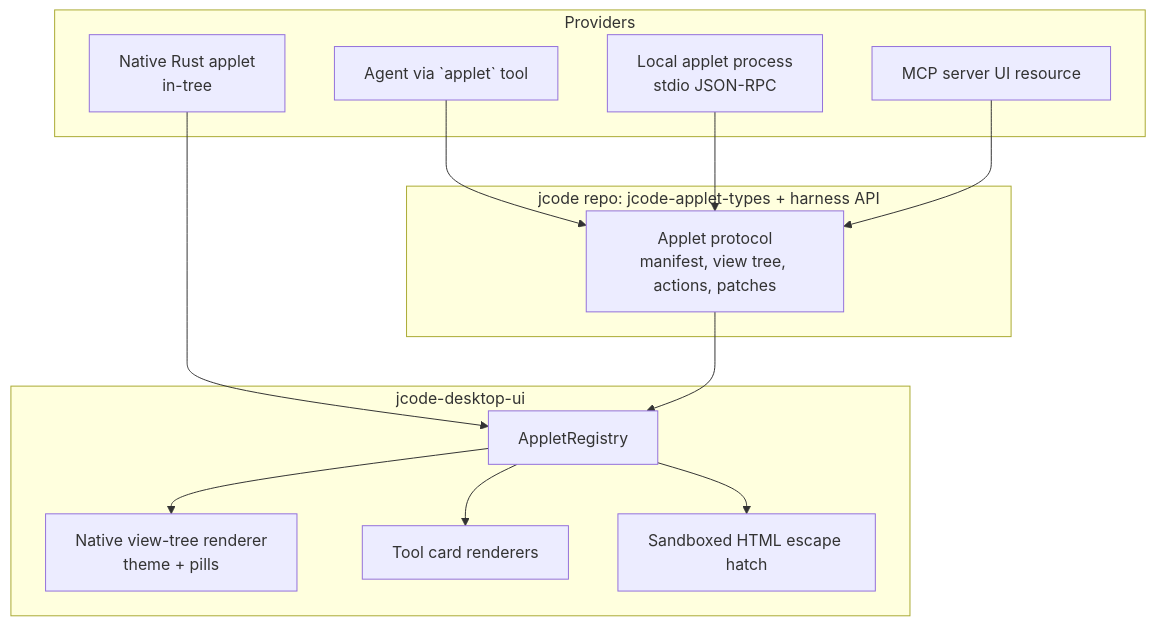
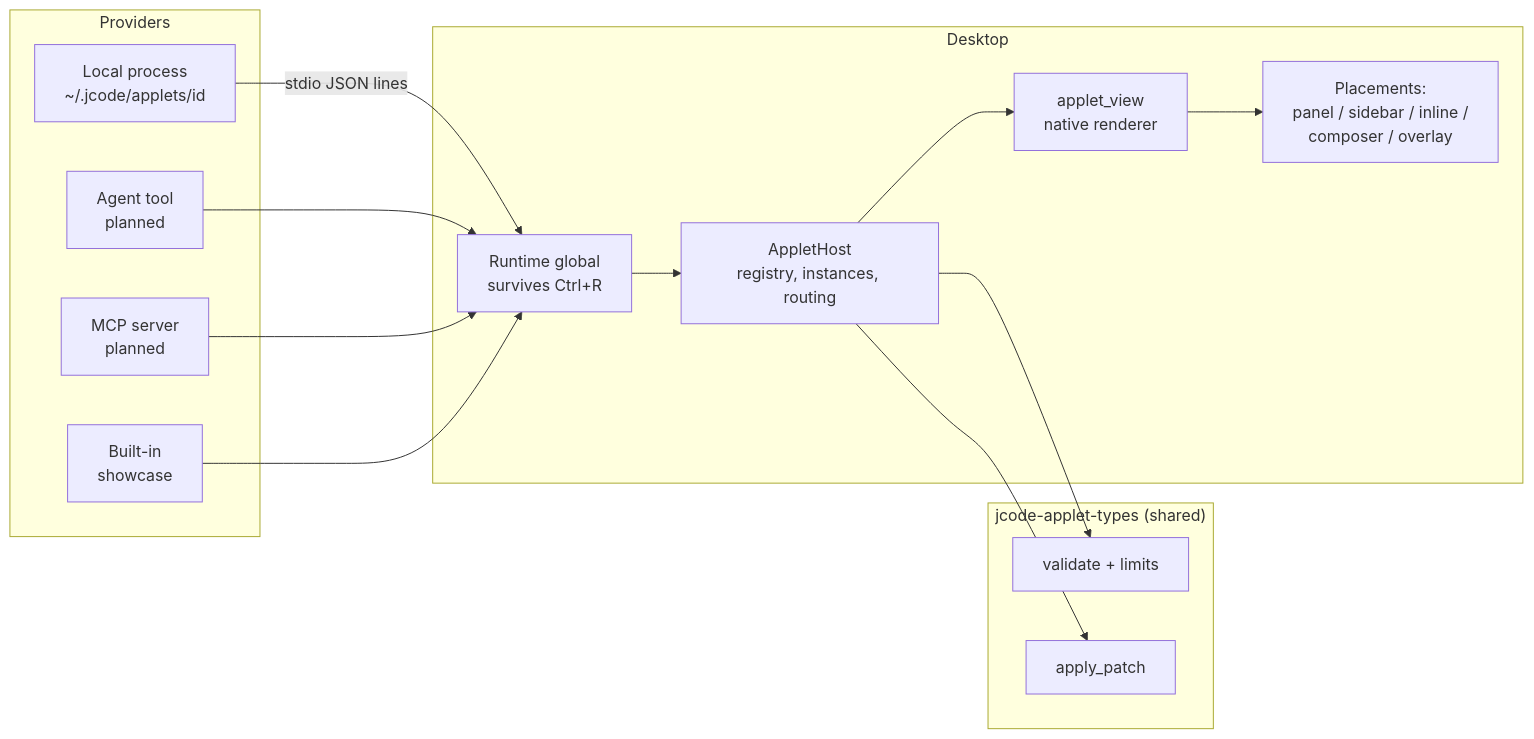
The diagram in docs/applet-api.md (1jehuang/jcode-desktop), drawn with Mermaid before and after one commit. The commit also changed other lines of this file and 14 other files, not shown here.

First line of the commit message:
Applets: native, sandboxed custom UI host for Desktop

````diff
--- a/docs/applet-api.md
+++ b/docs/applet-api.md
@@ -33,26 +28,27 @@
 ```mermaid
-flowchart TB
+flowchart LR
   subgraph Providers
-    A[Native Rust applet<br/>in-tree]
-    B[Agent via `applet` tool]
-    C[Local applet process<br/>stdio JSON-RPC]
-    D[MCP server UI resource]
+    L[Local process<br/>~/.jcode/applets/id]
+    A[Agent tool<br/>planned]
+    M[MCP server<br/>planned]
+    N[Built-in<br/>showcase]
   end
-  subgraph SDK["jcode repo: jcode-applet-types + harness API"]
-    P[Applet protocol<br/>manifest, view tree, actions, patches]
+  subgraph Types["jcode-applet-types (shared)"]
+    V[validate + limits]
+    P[apply_patch]
   end
-  subgraph Desktop["jcode-desktop-ui"]
-    R[AppletRegistry]
-    V[Native view-tree renderer<br/>theme + pills]
-    T[Tool card renderers]
-    H[Sandboxed HTML escape hatch]
+  subgraph Desktop
+    R[Runtime global<br/>survives Ctrl+R]
+    H[AppletHost<br/>registry, instances, routing]
+    W[applet_view<br/>native renderer]
+    S[Placements:<br/>panel / sidebar / inline /<br/>composer / overlay]
   end
+  L -- stdio JSON lines --> R
   A --> R
-  B --> P
-  C --> P
-  D --> P
-  P --> R
-  R --> V
-  R --> T
+  M --> R
+  N --> R
   R --> H
+  H --> V
+  H --> P
+  H --> W --> S
 ```
````
